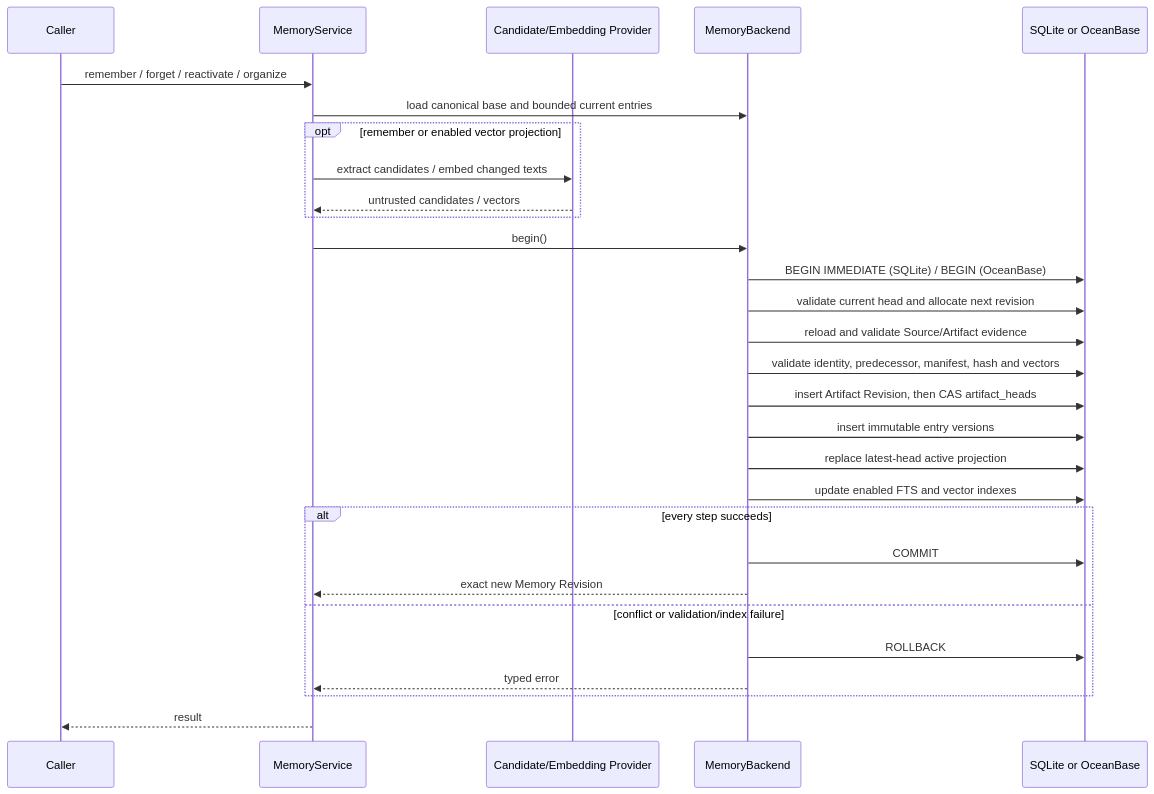
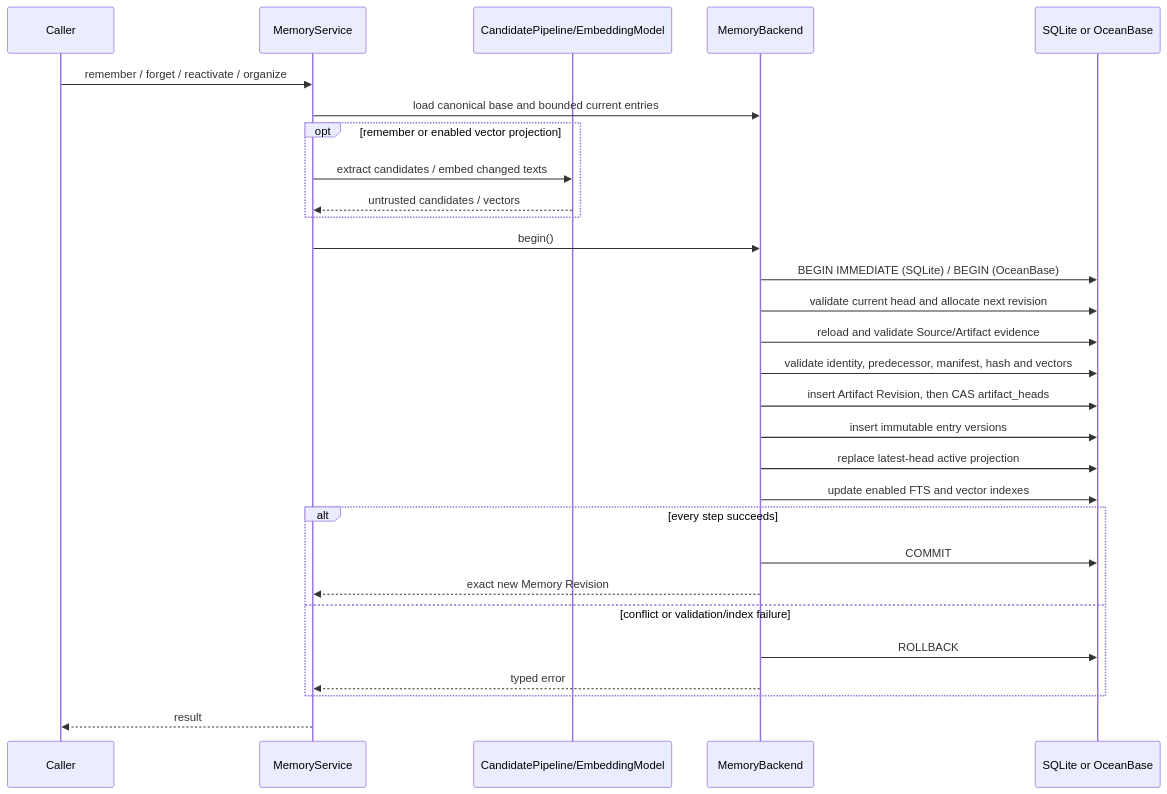
One commit to Alanxtl/powercontext changed the second of 2 diagrams in docs/en/rfcs/0003_memory_layer_design.md. Above: the diagram before and after it, drawn with Mermaid. The commit also changed other lines of this file and 36 other files, not shown here.

````diff
--- a/docs/en/rfcs/0003_memory_layer_design.md
+++ b/docs/en/rfcs/0003_memory_layer_design.md
@@ -652,32 +656,32 @@
 ```mermaid
 sequenceDiagram
     participant Caller
     participant Service as MemoryService
-    participant Provider as Candidate/Embedding Provider
+    participant Capability as CandidatePipeline/EmbeddingModel
     participant Backend as MemoryBackend
     participant DB as SQLite or OceanBase
 
     Caller->>Service: remember / forget / reactivate / organize
     Service->>Backend: load canonical base and bounded current entries
     opt remember or enabled vector projection
-        Service->>Provider: extract candidates / embed changed texts
-        Provider-->>Service: untrusted candidates / vectors
+        Service->>Capability: extract candidates / embed changed texts
+        Capability-->>Service: untrusted candidates / vectors
     end
     Service->>Backend: begin()
     Backend->>DB: BEGIN IMMEDIATE (SQLite) / BEGIN (OceanBase)
     Backend->>DB: validate current head and allocate next revision
     Backend->>DB: reload and validate Source/Artifact evidence
     Backend->>DB: validate identity, predecessor, manifest, hash and vectors
     Backend->>DB: insert Artifact Revision, then CAS artifact_heads
     Backend->>DB: insert immutable entry versions
     Backend->>DB: replace latest-head active projection
     Backend->>DB: update enabled FTS and vector indexes
     alt every step succeeds
         Backend->>DB: COMMIT
         Backend-->>Service: exact new Memory Revision
     else conflict or validation/index failure
         Backend->>DB: ROLLBACK
         Backend-->>Service: typed error
     end
     Service-->>Caller: result
 ```
````
